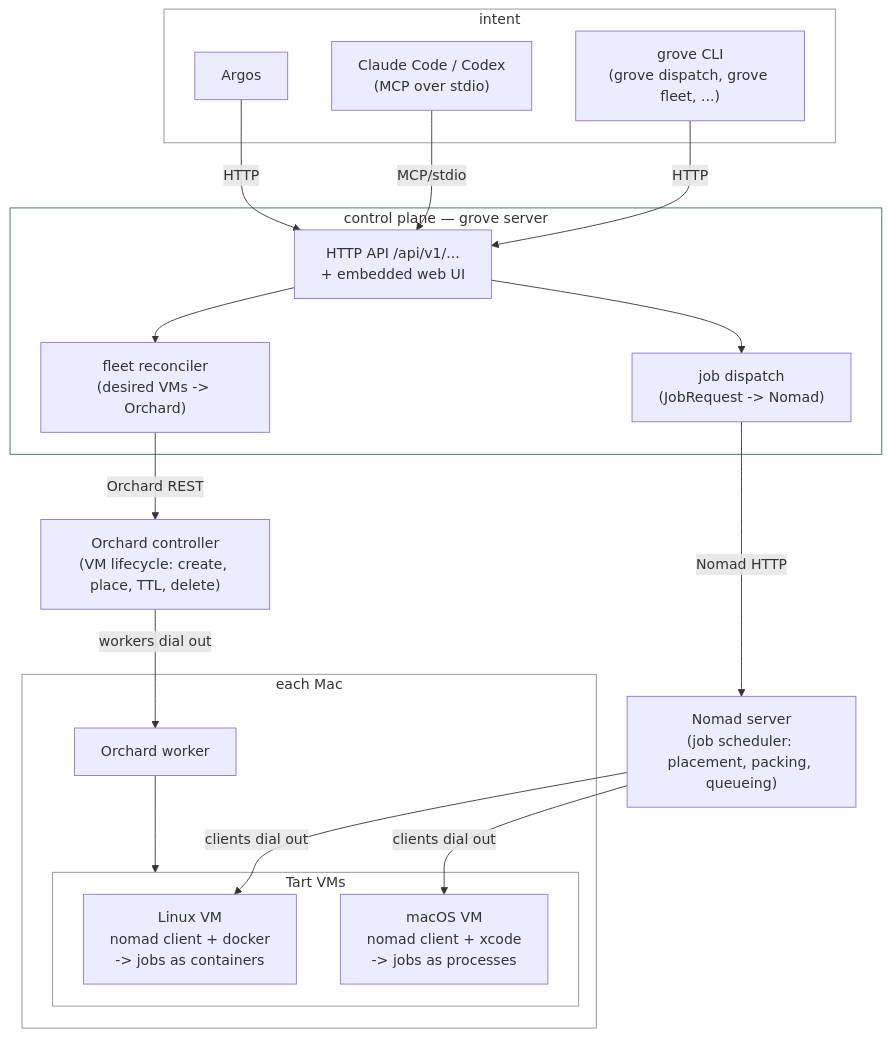
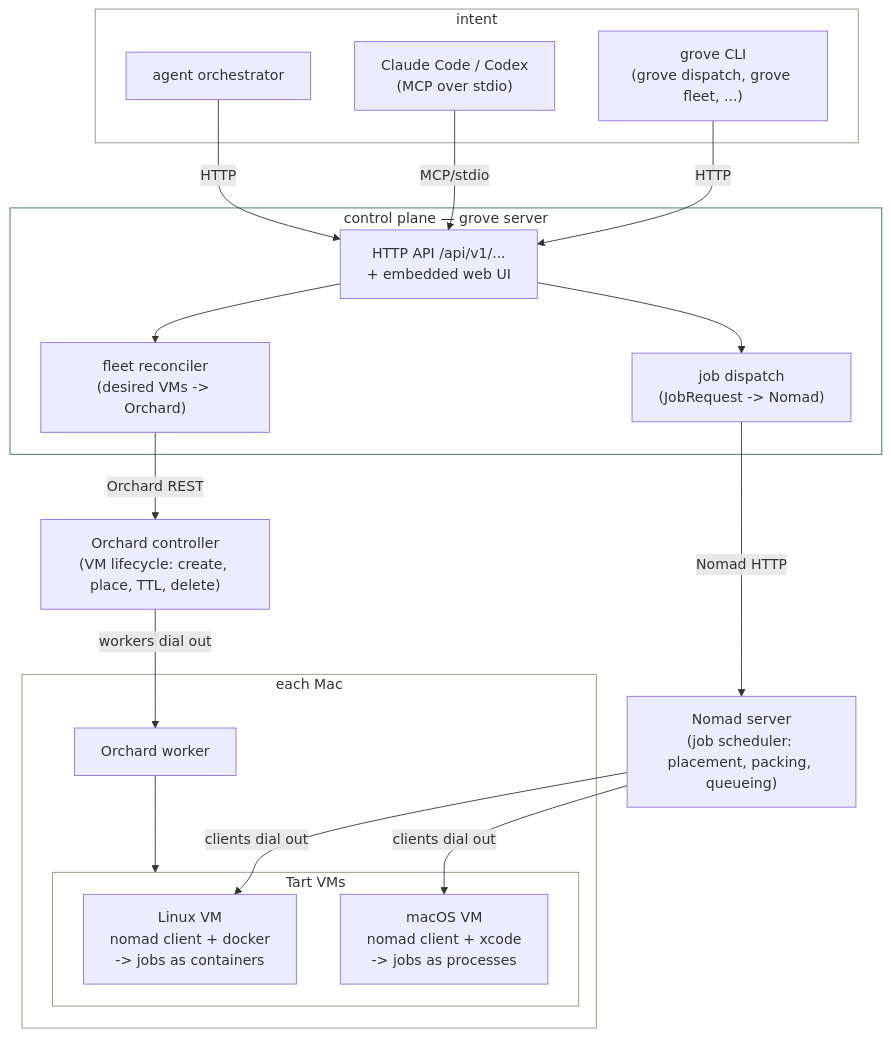
The first of 3 diagrams in docs/FLOW.md (gm2211/grove), drawn with Mermaid before and after one commit. The commit also changed other lines of this file and 10 other files, not shown here.

First line of the commit message:
docs: replace Argos references with generic "agent orchestrator" (#34)

````diff
--- a/docs/FLOW.md
+++ b/docs/FLOW.md
@@ -12,44 +12,44 @@
 ```mermaid
 flowchart TB
     subgraph intent["intent"]
-        argos["Argos"]
+        orch["agent orchestrator"]
         mcp["Claude Code / Codex\n(MCP over stdio)"]
         cli["grove CLI\n(grove dispatch, grove fleet, ...)"]
     end
 
     subgraph cp["control plane — grove server"]
         api["HTTP API /api/v1/...\n+ embedded web UI"]
         reconciler["fleet reconciler\n(desired VMs -> Orchard)"]
         dispatcher["job dispatch\n(JobRequest -> Nomad)"]
     end
 
     orchard["Orchard controller\n(VM lifecycle: create, place, TTL, delete)"]
     nomad["Nomad server\n(job scheduler: placement, packing, queueing)"]
 
     subgraph mac["each Mac"]
         worker["Orchard worker"]
         subgraph tart["Tart VMs"]
             linuxvm["Linux VM\nnomad client + docker\n-> jobs as containers"]
             macosvm["macOS VM\nnomad client + xcode\n-> jobs as processes"]
         end
     end
 
-    argos -- HTTP --> api
+    orch -- HTTP --> api
     mcp -- MCP/stdio --> api
     cli -- HTTP --> api
 
     api --> reconciler
     api --> dispatcher
     reconciler -- Orchard REST --> orchard
     dispatcher -- Nomad HTTP --> nomad
 
     orchard -- "workers dial out" --> worker
     worker --> tart
     nomad -- "clients dial out" --> linuxvm
     nomad -- "clients dial out" --> macosvm
 
     style intent fill:transparent,stroke:#8a9182
     style cp fill:transparent,stroke:#2f6f4f
     style mac fill:transparent,stroke:#8a9182
     style tart fill:transparent,stroke:#8a9182
 ```
````
